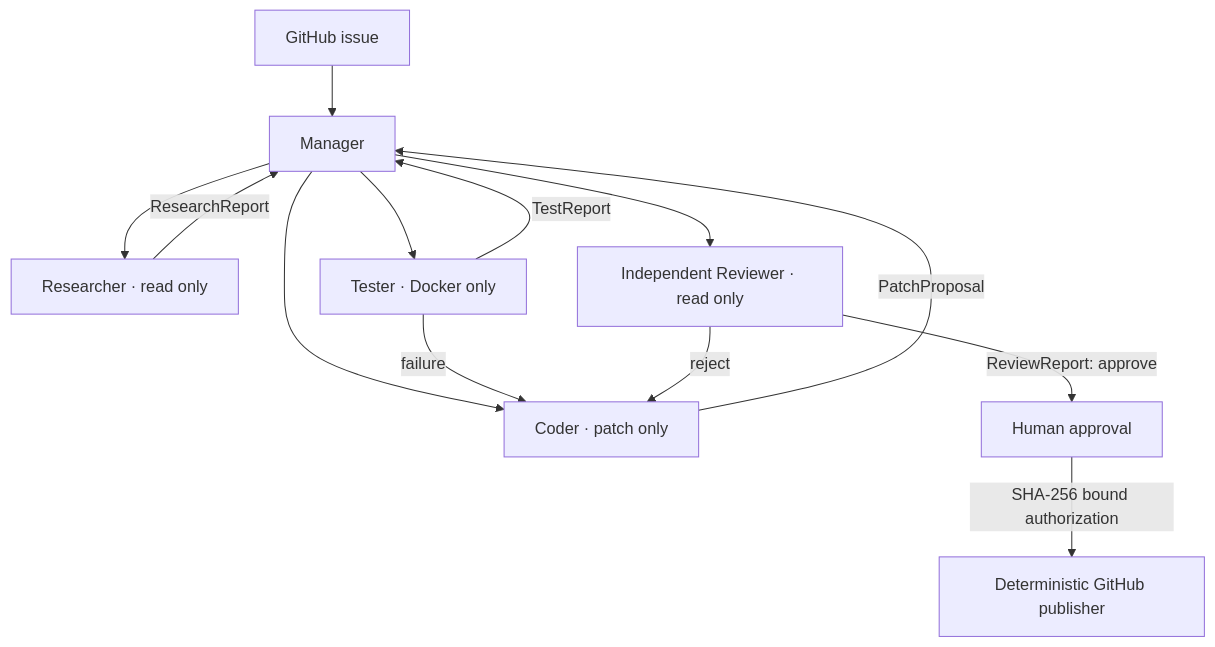
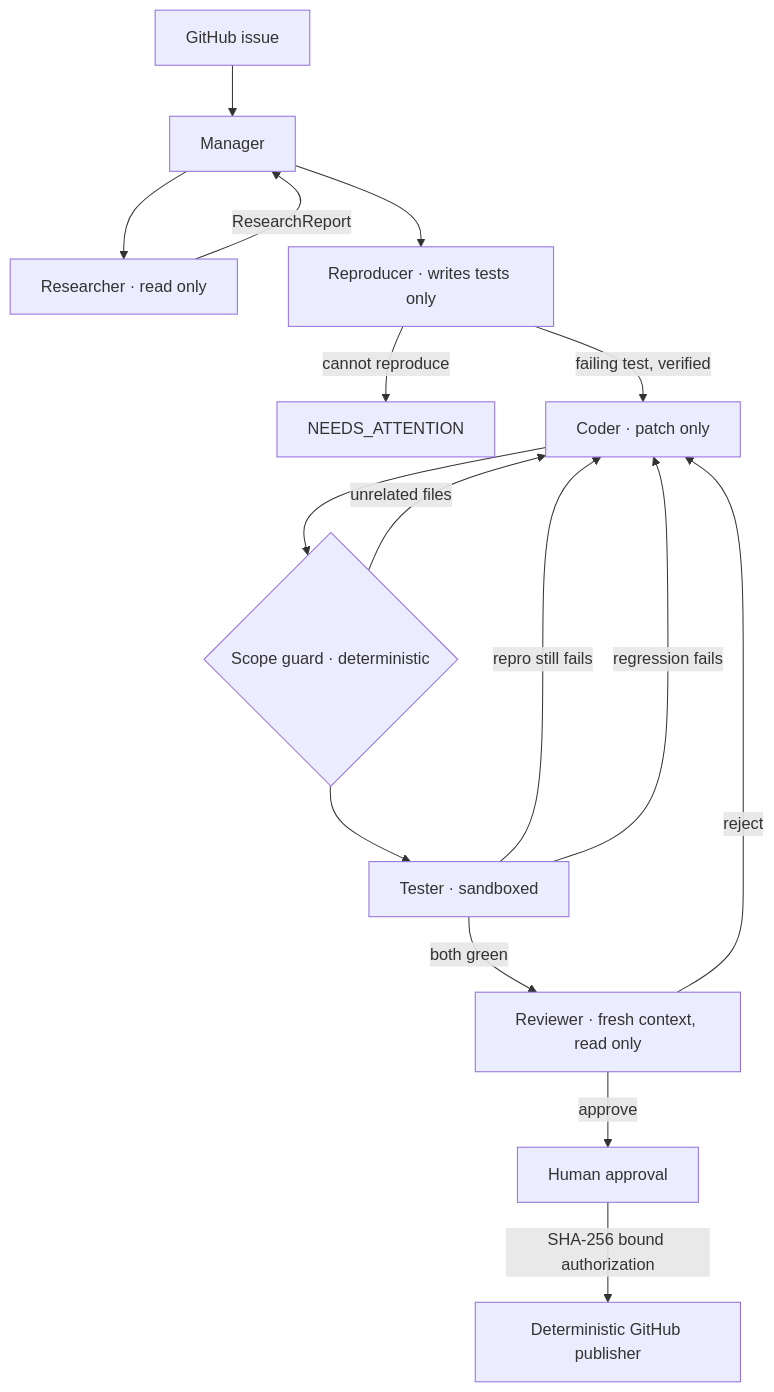
One commit to secureswim/BugWright changed the diagram in README.md. Above: the diagram before and after it, drawn with Mermaid. The commit also changed other lines of this file and 35 other files, not shown here.

````diff
--- a/README.md
+++ b/README.md
@@ -7,15 +12,18 @@
 ```mermaid
 flowchart TD
   U[GitHub issue] --> M[Manager]
   M --> R[Researcher · read only]
   R -->|ResearchReport| M
-  M --> C[Coder · patch only]
-  C -->|PatchProposal| M
-  M --> T[Tester · Docker only]
-  T -->|TestReport| M
-  T -->|failure| C
-  M --> V[Independent Reviewer · read only]
+  M --> P[Reproducer · writes tests only]
+  P -->|cannot reproduce| N[NEEDS_ATTENTION]
+  P -->|failing test, verified| C[Coder · patch only]
+  C --> S{Scope guard · deterministic}
+  S -->|unrelated files| C
+  S --> T[Tester · sandboxed]
+  T -->|repro still fails| C
+  T -->|regression fails| C
+  T -->|both green| V[Reviewer · fresh context, read only]
   V -->|reject| C
-  V -->|ReviewReport: approve| H[Human approval]
-  H -->|SHA-256 bound authorization| P[Deterministic GitHub publisher]
+  V -->|approve| H[Human approval]
+  H -->|SHA-256 bound authorization| G[Deterministic GitHub publisher]
 ```
````
